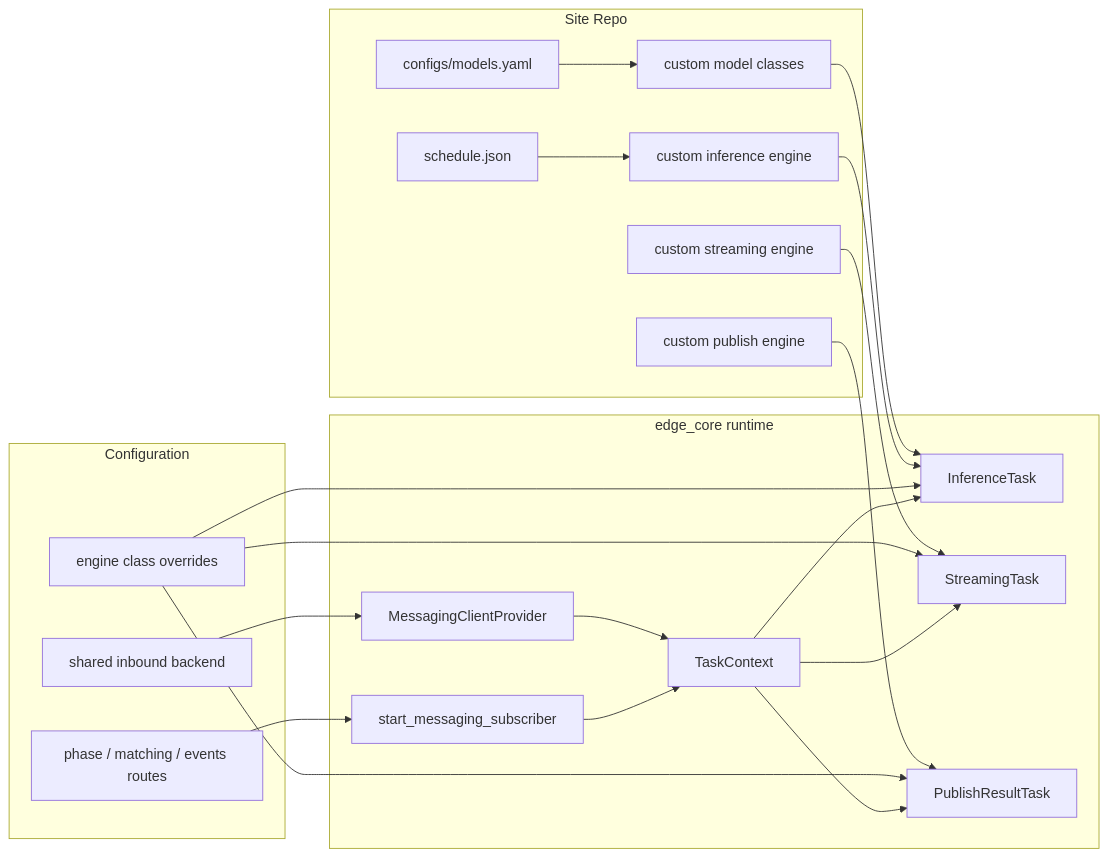
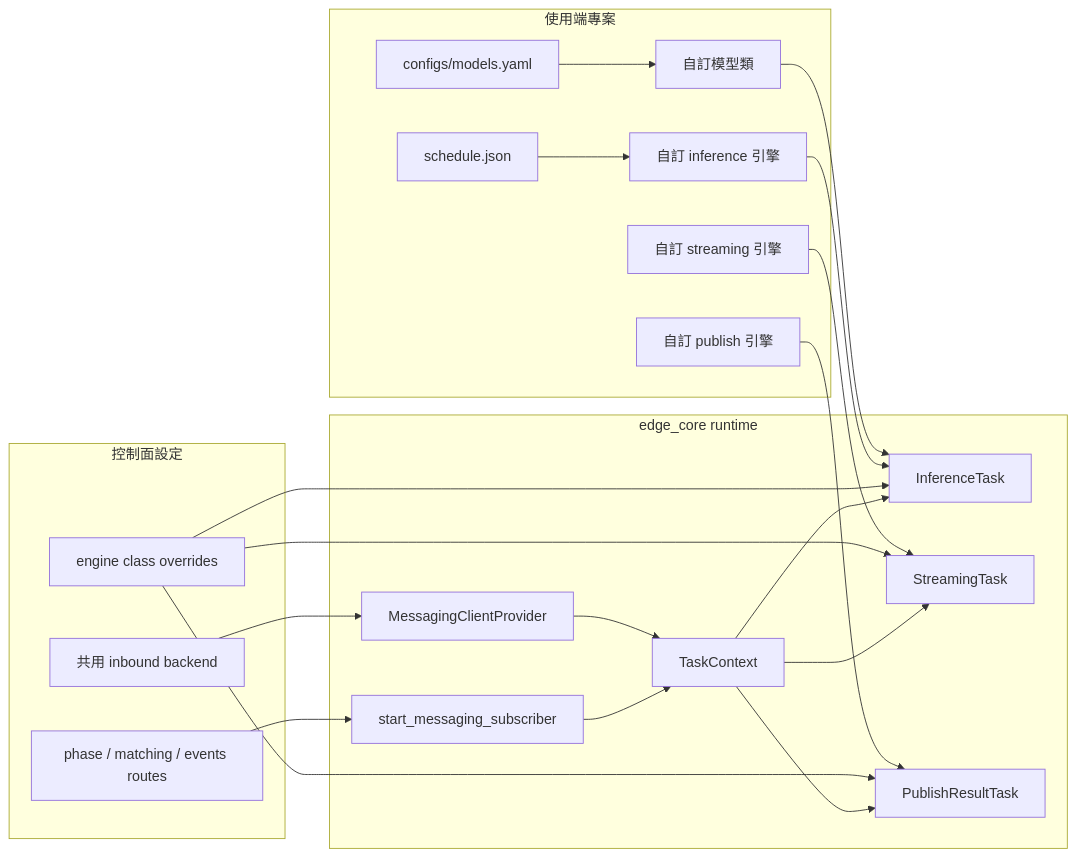
One commit to allenshie/edge_core changed the diagram in docs/diagrams/configuration-and-extension-points.mmd. Above: the diagram before and after it, drawn with Mermaid. The commit also changed 13 other files, not shown here.

```diff
--- a/docs/diagrams/configuration-and-extension-points.mmd
+++ b/docs/diagrams/configuration-and-extension-points.mmd
@@ -1,42 +1,42 @@
 graph LR
-    subgraph siteRepo["Site Repo"]
+    subgraph siteRepo["使用端專案"]
         schedules["schedule.json"]
         modelConfigs["configs/models.yaml"]
-        customModels["custom model classes"]
-        customInference["custom inference engine"]
-        customPublish["custom publish engine"]
-        customStreaming["custom streaming engine"]
+        customModels["自訂模型類"]
+        customInference["自訂 inference 引擎"]
+        customPublish["自訂 publish 引擎"]
+        customStreaming["自訂 streaming 引擎"]
     end
 
-    subgraph configuration["Configuration"]
-        sharedBackend["shared inbound backend"]
+    subgraph configuration["控制面設定"]
+        sharedBackend["共用 inbound backend"]
         routeConfig["phase / matching / events routes"]
         engineOverrides["engine class overrides"]
     end
 
     subgraph edgeCore["edge_core runtime"]
         messagingProvider["MessagingClientProvider"]
         subscriber["start_messaging_subscriber"]
         inferenceTask["InferenceTask"]
         streamingTask["StreamingTask"]
         publishTask["PublishResultTask"]
         taskContext["TaskContext"]
     end
 
     schedules --> customInference
     modelConfigs --> customModels
     customModels --> inferenceTask
     customInference --> inferenceTask
     customPublish --> publishTask
     customStreaming --> streamingTask
 
     sharedBackend --> messagingProvider
     routeConfig --> subscriber
     engineOverrides --> inferenceTask
     engineOverrides --> streamingTask
     engineOverrides --> publishTask
     messagingProvider --> taskContext
     subscriber --> taskContext
     taskContext --> inferenceTask
     taskContext --> streamingTask
     taskContext --> publishTask
```
